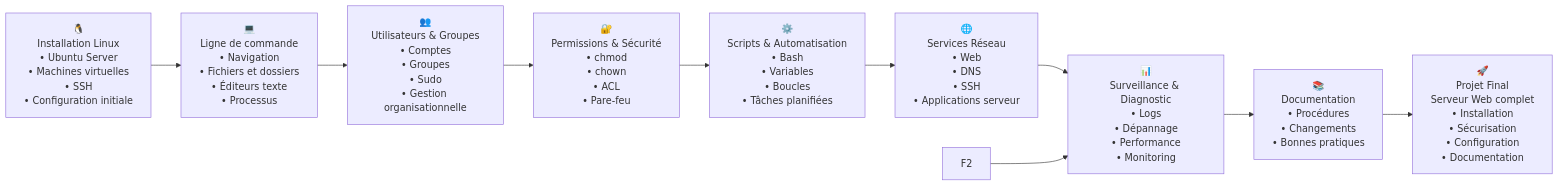
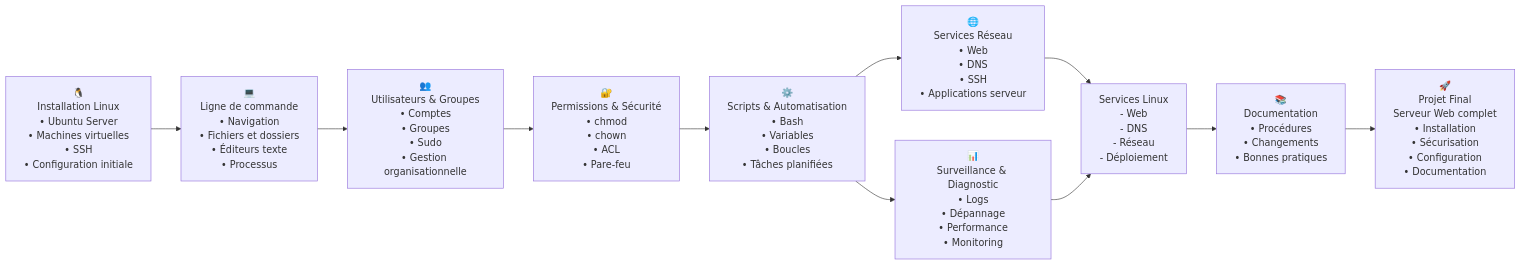
One commit to CollegeBoreal/INF1085-201-26A-04 changed the third of 4 diagrams in 0.PlanDeCours/README.md. Above: the diagram before and after it, drawn with Mermaid.

Commit message:
Update README.md with new flow and documentation

```diff
--- a/0.PlanDeCours/README.md
+++ b/0.PlanDeCours/README.md
@@ -164,13 +164,15 @@
  - Déploiement
 "]
 
-F2 --> G["📊
+E --> F2["📊
 Surveillance & Diagnostic
 • Logs
 • Dépannage
 • Performance
 • Monitoring
 "]
+
+F2 --> G
 
 G --> H["📚
 Documentation
```
